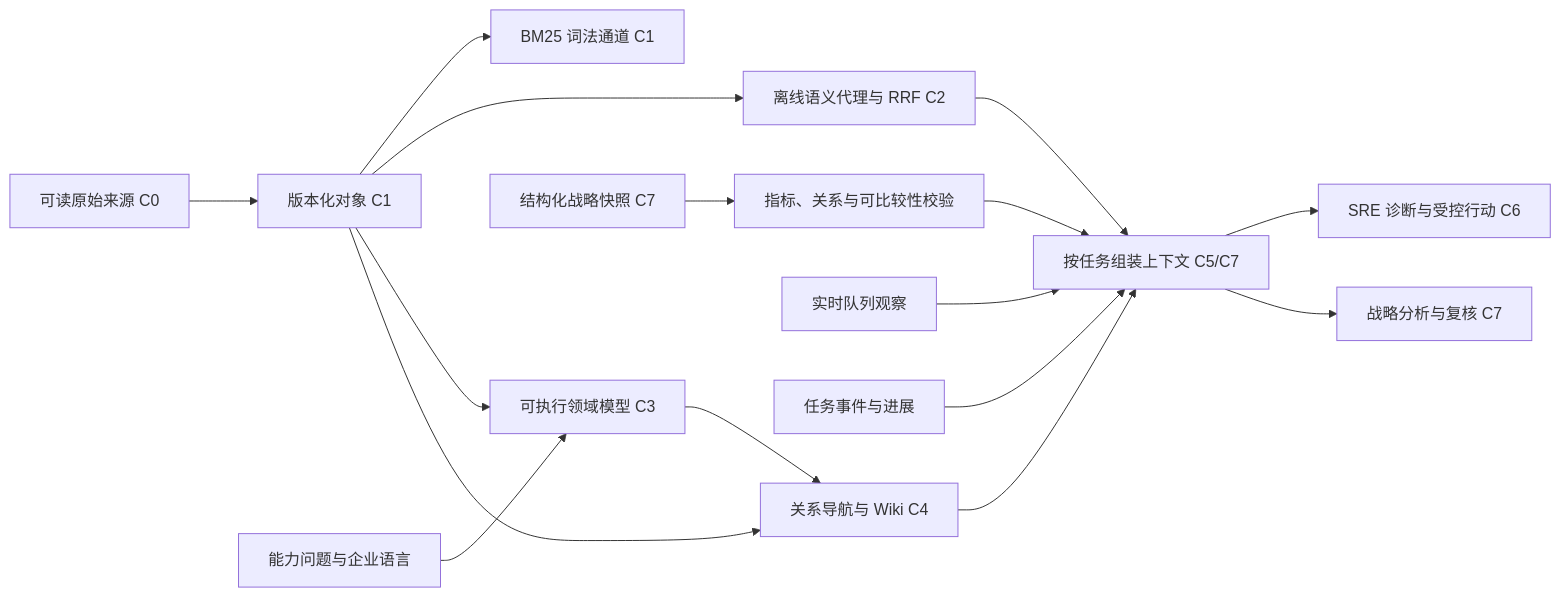
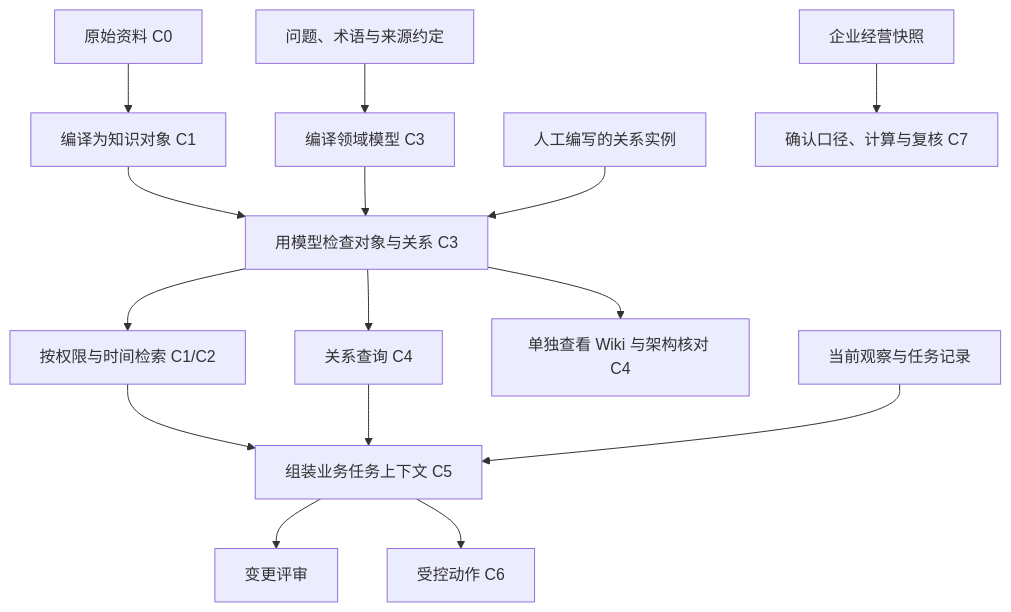
One commit to LENSHOOD/enterprise-context-book changed the fifth of 5 diagrams in book/part-4/chapter-14.md. Above: the diagram before and after it, drawn with Mermaid. The commit also changed other lines of this file and 10 other files, not shown here.

Commit message:
docs: structure chapter 17 around task flow and clarify part four (rc.24) (#26)

````diff
--- a/book/part-4/chapter-14.md
+++ b/book/part-4/chapter-14.md
@@ -261,18 +261,17 @@
 ```mermaid
-flowchart LR
-  R[可读原始来源 C0] --> B[版本化对象 C1]
-  B --> L[BM25 词法通道 C1]
-  B --> S[离线语义代理与 RRF C2]
-  Q[能力问题与企业语言] --> M[可执行领域模型 C3]
-  B --> M
-  M --> G[关系导航与 Wiki C4]
-  B --> G
-  S --> C[按任务组装上下文 C5/C7]
-  G --> C
-  O[实时队列观察] --> C
-  T[任务事件与进展] --> C
-  E[结构化战略快照 C7] --> V[指标、关系与可比较性校验]
-  V --> C
-  C --> H[SRE 诊断与受控行动 C6]
-  C --> A[战略分析与复核 C7]
+flowchart TB
+  R[原始资料 C0] --> B[编译为知识对象 C1]
+  Q[问题、术语与来源约定] --> M[编译领域模型 C3]
+  B --> V[用模型检查对象与关系 C3]
+  M --> V
+  Edges[人工编写的关系实例] --> V
+  V --> Search[按权限与时间检索 C1/C2]
+  V --> Graph[关系查询 C4]
+  V --> Wiki[单独查看 Wiki 与架构核对 C4]
+  Search --> C[组装业务任务上下文 C5]
+  Graph --> C
+  O[当前观察与任务记录] --> C
+  C --> Change[变更评审]
+  C --> Action[受控动作 C6]
+  E[企业经营快照] --> Strategy[确认口径、计算与复核 C7]
 ```
````
